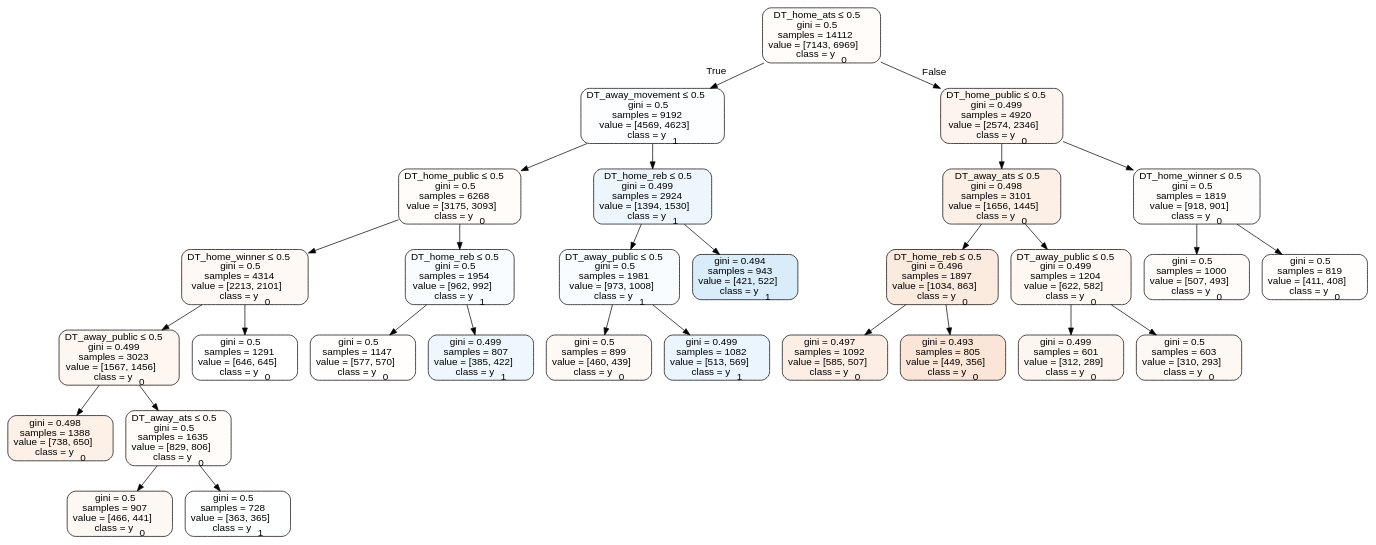
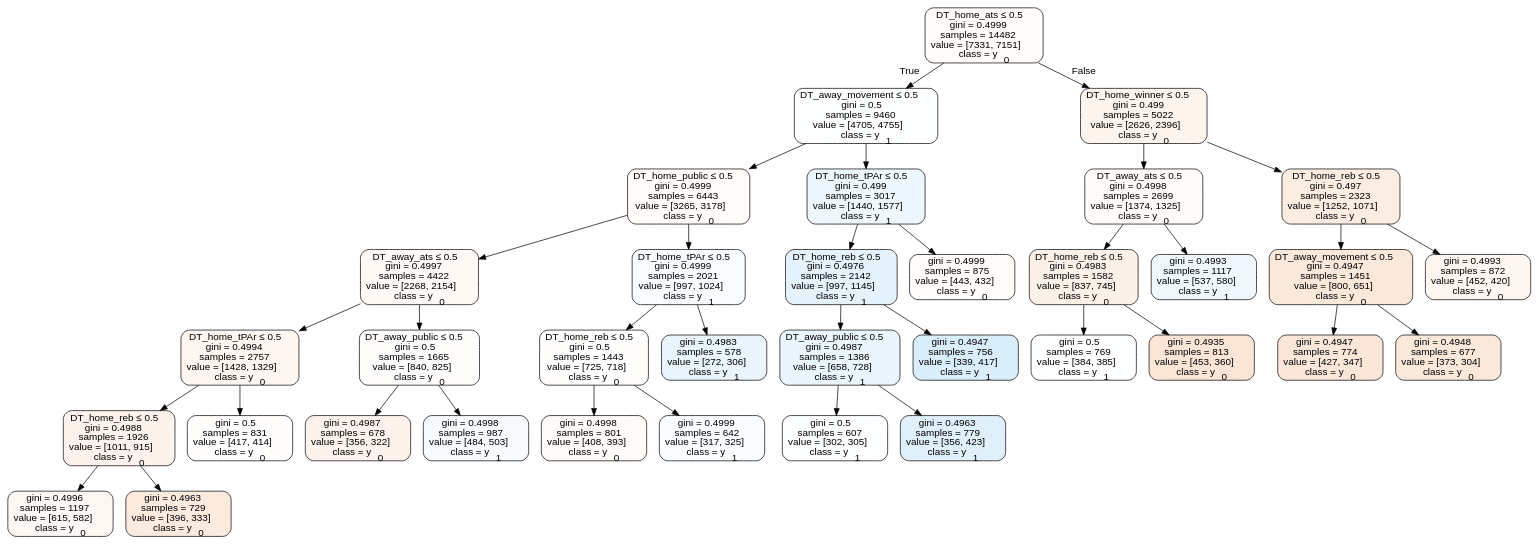
Before and after one commit to usbogie/ncaa-bets: the diagram in Basketball/data/trees/tree2014home.dot, drawn with Graphviz. The commit also changed 47 other files, not shown here.

```diff
--- a/Basketball/data/trees/tree2014home.dot
+++ b/Basketball/data/trees/tree2014home.dot
@@ -1,61 +1,73 @@
 digraph Tree {
 node [shape=box, style="filled, rounded", color="black", fontname=helvetica] ;
 edge [fontname=helvetica] ;
-0 [label=<DT_home_ats &le; 0.5<br/>gini = 0.5<br/>samples = 14112<br/>value = [7143, 6969]<br/>class = y<SUB>0</SUB>>, fillcolor="#e5813906"] ;
-1 [label=<DT_away_movement &le; 0.5<br/>gini = 0.5<br/>samples = 9192<br/>value = [4569, 4623]<br/>class = y<SUB>1</SUB>>, fillcolor="#399de503"] ;
+0 [label=<DT_home_ats &le; 0.5<br/>gini = 0.4999<br/>samples = 14482<br/>value = [7331, 7151]<br/>class = y<SUB>0</SUB>>, fillcolor="#e5813906"] ;
+1 [label=<DT_away_movement &le; 0.5<br/>gini = 0.5<br/>samples = 9460<br/>value = [4705, 4755]<br/>class = y<SUB>1</SUB>>, fillcolor="#399de503"] ;
 0 -> 1 [labeldistance=2.5, labelangle=45, headlabel="True"] ;
-2 [label=<DT_home_public &le; 0.5<br/>gini = 0.5<br/>samples = 6268<br/>value = [3175, 3093]<br/>class = y<SUB>0</SUB>>, fillcolor="#e5813907"] ;
+2 [label=<DT_home_public &le; 0.5<br/>gini = 0.4999<br/>samples = 6443<br/>value = [3265, 3178]<br/>class = y<SUB>0</SUB>>, fillcolor="#e5813907"] ;
 1 -> 2 ;
-3 [label=<DT_home_winner &le; 0.5<br/>gini = 0.5<br/>samples = 4314<br/>value = [2213, 2101]<br/>class = y<SUB>0</SUB>>, fillcolor="#e581390d"] ;
+3 [label=<DT_away_ats &le; 0.5<br/>gini = 0.4997<br/>samples = 4422<br/>value = [2268, 2154]<br/>class = y<SUB>0</SUB>>, fillcolor="#e581390d"] ;
 2 -> 3 ;
-4 [label=<DT_away_public &le; 0.5<br/>gini = 0.499<br/>samples = 3023<br/>value = [1567, 1456]<br/>class = y<SUB>0</SUB>>, fillcolor="#e5813912"] ;
+4 [label=<DT_home_tPAr &le; 0.5<br/>gini = 0.4994<br/>samples = 2757<br/>value = [1428, 1329]<br/>class = y<SUB>0</SUB>>, fillcolor="#e5813912"] ;
 3 -> 4 ;
-5 [label=<gini = 0.498<br/>samples = 1388<br/>value = [738, 650]<br/>class = y<SUB>0</SUB>>, fillcolor="#e581391e"] ;
+5 [label=<DT_home_reb &le; 0.5<br/>gini = 0.4988<br/>samples = 1926<br/>value = [1011, 915]<br/>class = y<SUB>0</SUB>>, fillcolor="#e5813918"] ;
 4 -> 5 ;
-6 [label=<DT_away_ats &le; 0.5<br/>gini = 0.5<br/>samples = 1635<br/>value = [829, 806]<br/>class = y<SUB>0</SUB>>, fillcolor="#e5813907"] ;
-4 -> 6 ;
-7 [label=<gini = 0.5<br/>samples = 907<br/>value = [466, 441]<br/>class = y<SUB>0</SUB>>, fillcolor="#e581390e"] ;
-6 -> 7 ;
-8 [label=<gini = 0.5<br/>samples = 728<br/>value = [363, 365]<br/>class = y<SUB>1</SUB>>, fillcolor="#399de501"] ;
-6 -> 8 ;
-9 [label=<gini = 0.5<br/>samples = 1291<br/>value = [646, 645]<br/>class = y<SUB>0</SUB>>, fillcolor="#e5813900"] ;
+6 [label=<gini = 0.4996<br/>samples = 1197<br/>value = [615, 582]<br/>class = y<SUB>0</SUB>>, fillcolor="#e581390e"] ;
+5 -> 6 ;
+7 [label=<gini = 0.4963<br/>samples = 729<br/>value = [396, 333]<br/>class = y<SUB>0</SUB>>, fillcolor="#e5813929"] ;
+5 -> 7 ;
+8 [label=<gini = 0.5<br/>samples = 831<br/>value = [417, 414]<br/>class = y<SUB>0</SUB>>, fillcolor="#e5813902"] ;
+4 -> 8 ;
+9 [label=<DT_away_public &le; 0.5<br/>gini = 0.5<br/>samples = 1665<br/>value = [840, 825]<br/>class = y<SUB>0</SUB>>, fillcolor="#e5813905"] ;
 3 -> 9 ;
-10 [label=<DT_home_reb &le; 0.5<br/>gini = 0.5<br/>samples = 1954<br/>value = [962, 992]<br/>class = y<SUB>1</SUB>>, fillcolor="#399de508"] ;
-2 -> 10 ;
-11 [label=<gini = 0.5<br/>samples = 1147<br/>value = [577, 570]<br/>class = y<SUB>0</SUB>>, fillcolor="#e5813903"] ;
-10 -> 11 ;
-12 [label=<gini = 0.499<br/>samples = 807<br/>value = [385, 422]<br/>class = y<SUB>1</SUB>>, fillcolor="#399de516"] ;
-10 -> 12 ;
-13 [label=<DT_home_reb &le; 0.5<br/>gini = 0.499<br/>samples = 2924<br/>value = [1394, 1530]<br/>class = y<SUB>1</SUB>>, fillcolor="#399de517"] ;
-1 -> 13 ;
-14 [label=<DT_away_public &le; 0.5<br/>gini = 0.5<br/>samples = 1981<br/>value = [973, 1008]<br/>class = y<SUB>1</SUB>>, fillcolor="#399de509"] ;
+10 [label=<gini = 0.4987<br/>samples = 678<br/>value = [356, 322]<br/>class = y<SUB>0</SUB>>, fillcolor="#e5813918"] ;
+9 -> 10 ;
+11 [label=<gini = 0.4998<br/>samples = 987<br/>value = [484, 503]<br/>class = y<SUB>1</SUB>>, fillcolor="#399de50a"] ;
+9 -> 11 ;
+12 [label=<DT_home_tPAr &le; 0.5<br/>gini = 0.4999<br/>samples = 2021<br/>value = [997, 1024]<br/>class = y<SUB>1</SUB>>, fillcolor="#399de507"] ;
+2 -> 12 ;
+13 [label=<DT_home_reb &le; 0.5<br/>gini = 0.5<br/>samples = 1443<br/>value = [725, 718]<br/>class = y<SUB>0</SUB>>, fillcolor="#e5813902"] ;
+12 -> 13 ;
+14 [label=<gini = 0.4998<br/>samples = 801<br/>value = [408, 393]<br/>class = y<SUB>0</SUB>>, fillcolor="#e5813909"] ;
 13 -> 14 ;
-15 [label=<gini = 0.5<br/>samples = 899<br/>value = [460, 439]<br/>class = y<SUB>0</SUB>>, fillcolor="#e581390c"] ;
-14 -> 15 ;
-16 [label=<gini = 0.499<br/>samples = 1082<br/>value = [513, 569]<br/>class = y<SUB>1</SUB>>, fillcolor="#399de519"] ;
-14 -> 16 ;
-17 [label=<gini = 0.494<br/>samples = 943<br/>value = [421, 522]<br/>class = y<SUB>1</SUB>>, fillcolor="#399de531"] ;
-13 -> 17 ;
-18 [label=<DT_home_public &le; 0.5<br/>gini = 0.499<br/>samples = 4920<br/>value = [2574, 2346]<br/>class = y<SUB>0</SUB>>, fillcolor="#e5813917"] ;
-0 -> 18 [labeldistance=2.5, labelangle=-45, headlabel="False"] ;
-19 [label=<DT_away_ats &le; 0.5<br/>gini = 0.498<br/>samples = 3101<br/>value = [1656, 1445]<br/>class = y<SUB>0</SUB>>, fillcolor="#e5813920"] ;
+15 [label=<gini = 0.4999<br/>samples = 642<br/>value = [317, 325]<br/>class = y<SUB>1</SUB>>, fillcolor="#399de506"] ;
+13 -> 15 ;
+16 [label=<gini = 0.4983<br/>samples = 578<br/>value = [272, 306]<br/>class = y<SUB>1</SUB>>, fillcolor="#399de51c"] ;
+12 -> 16 ;
+17 [label=<DT_home_tPAr &le; 0.5<br/>gini = 0.499<br/>samples = 3017<br/>value = [1440, 1577]<br/>class = y<SUB>1</SUB>>, fillcolor="#399de516"] ;
+1 -> 17 ;
+18 [label=<DT_home_reb &le; 0.5<br/>gini = 0.4976<br/>samples = 2142<br/>value = [997, 1145]<br/>class = y<SUB>1</SUB>>, fillcolor="#399de521"] ;
+17 -> 18 ;
+19 [label=<DT_away_public &le; 0.5<br/>gini = 0.4987<br/>samples = 1386<br/>value = [658, 728]<br/>class = y<SUB>1</SUB>>, fillcolor="#399de519"] ;
 18 -> 19 ;
-20 [label=<DT_home_reb &le; 0.5<br/>gini = 0.496<br/>samples = 1897<br/>value = [1034, 863]<br/>class = y<SUB>0</SUB>>, fillcolor="#e581392a"] ;
+20 [label=<gini = 0.5<br/>samples = 607<br/>value = [302, 305]<br/>class = y<SUB>1</SUB>>, fillcolor="#399de503"] ;
 19 -> 20 ;
-21 [label=<gini = 0.497<br/>samples = 1092<br/>value = [585, 507]<br/>class = y<SUB>0</SUB>>, fillcolor="#e5813922"] ;
-20 -> 21 ;
-22 [label=<gini = 0.493<br/>samples = 805<br/>value = [449, 356]<br/>class = y<SUB>0</SUB>>, fillcolor="#e5813935"] ;
-20 -> 22 ;
-23 [label=<DT_away_public &le; 0.5<br/>gini = 0.499<br/>samples = 1204<br/>value = [622, 582]<br/>class = y<SUB>0</SUB>>, fillcolor="#e5813910"] ;
-19 -> 23 ;
-24 [label=<gini = 0.499<br/>samples = 601<br/>value = [312, 289]<br/>class = y<SUB>0</SUB>>, fillcolor="#e5813913"] ;
-23 -> 24 ;
-25 [label=<gini = 0.5<br/>samples = 603<br/>value = [310, 293]<br/>class = y<SUB>0</SUB>>, fillcolor="#e581390e"] ;
-23 -> 25 ;
-26 [label=<DT_home_winner &le; 0.5<br/>gini = 0.5<br/>samples = 1819<br/>value = [918, 901]<br/>class = y<SUB>0</SUB>>, fillcolor="#e5813905"] ;
-18 -> 26 ;
-27 [label=<gini = 0.5<br/>samples = 1000<br/>value = [507, 493]<br/>class = y<SUB>0</SUB>>, fillcolor="#e5813907"] ;
+21 [label=<gini = 0.4963<br/>samples = 779<br/>value = [356, 423]<br/>class = y<SUB>1</SUB>>, fillcolor="#399de528"] ;
+19 -> 21 ;
+22 [label=<gini = 0.4947<br/>samples = 756<br/>value = [339, 417]<br/>class = y<SUB>1</SUB>>, fillcolor="#399de530"] ;
+18 -> 22 ;
+23 [label=<gini = 0.4999<br/>samples = 875<br/>value = [443, 432]<br/>class = y<SUB>0</SUB>>, fillcolor="#e5813906"] ;
+17 -> 23 ;
+24 [label=<DT_home_winner &le; 0.5<br/>gini = 0.499<br/>samples = 5022<br/>value = [2626, 2396]<br/>class = y<SUB>0</SUB>>, fillcolor="#e5813916"] ;
+0 -> 24 [labeldistance=2.5, labelangle=-45, headlabel="False"] ;
+25 [label=<DT_away_ats &le; 0.5<br/>gini = 0.4998<br/>samples = 2699<br/>value = [1374, 1325]<br/>class = y<SUB>0</SUB>>, fillcolor="#e5813909"] ;
+24 -> 25 ;
+26 [label=<DT_home_reb &le; 0.5<br/>gini = 0.4983<br/>samples = 1582<br/>value = [837, 745]<br/>class = y<SUB>0</SUB>>, fillcolor="#e581391c"] ;
+25 -> 26 ;
+27 [label=<gini = 0.5<br/>samples = 769<br/>value = [384, 385]<br/>class = y<SUB>1</SUB>>, fillcolor="#399de501"] ;
 26 -> 27 ;
-28 [label=<gini = 0.5<br/>samples = 819<br/>value = [411, 408]<br/>class = y<SUB>0</SUB>>, fillcolor="#e5813902"] ;
+28 [label=<gini = 0.4935<br/>samples = 813<br/>value = [453, 360]<br/>class = y<SUB>0</SUB>>, fillcolor="#e5813934"] ;
 26 -> 28 ;
+29 [label=<gini = 0.4993<br/>samples = 1117<br/>value = [537, 580]<br/>class = y<SUB>1</SUB>>, fillcolor="#399de513"] ;
+25 -> 29 ;
+30 [label=<DT_home_reb &le; 0.5<br/>gini = 0.497<br/>samples = 2323<br/>value = [1252, 1071]<br/>class = y<SUB>0</SUB>>, fillcolor="#e5813925"] ;
+24 -> 30 ;
+31 [label=<DT_away_movement &le; 0.5<br/>gini = 0.4947<br/>samples = 1451<br/>value = [800, 651]<br/>class = y<SUB>0</SUB>>, fillcolor="#e581392f"] ;
+30 -> 31 ;
+32 [label=<gini = 0.4947<br/>samples = 774<br/>value = [427, 347]<br/>class = y<SUB>0</SUB>>, fillcolor="#e5813930"] ;
+31 -> 32 ;
+33 [label=<gini = 0.4948<br/>samples = 677<br/>value = [373, 304]<br/>class = y<SUB>0</SUB>>, fillcolor="#e581392f"] ;
+31 -> 33 ;
+34 [label=<gini = 0.4993<br/>samples = 872<br/>value = [452, 420]<br/>class = y<SUB>0</SUB>>, fillcolor="#e5813912"] ;
+30 -> 34 ;
 }
```
